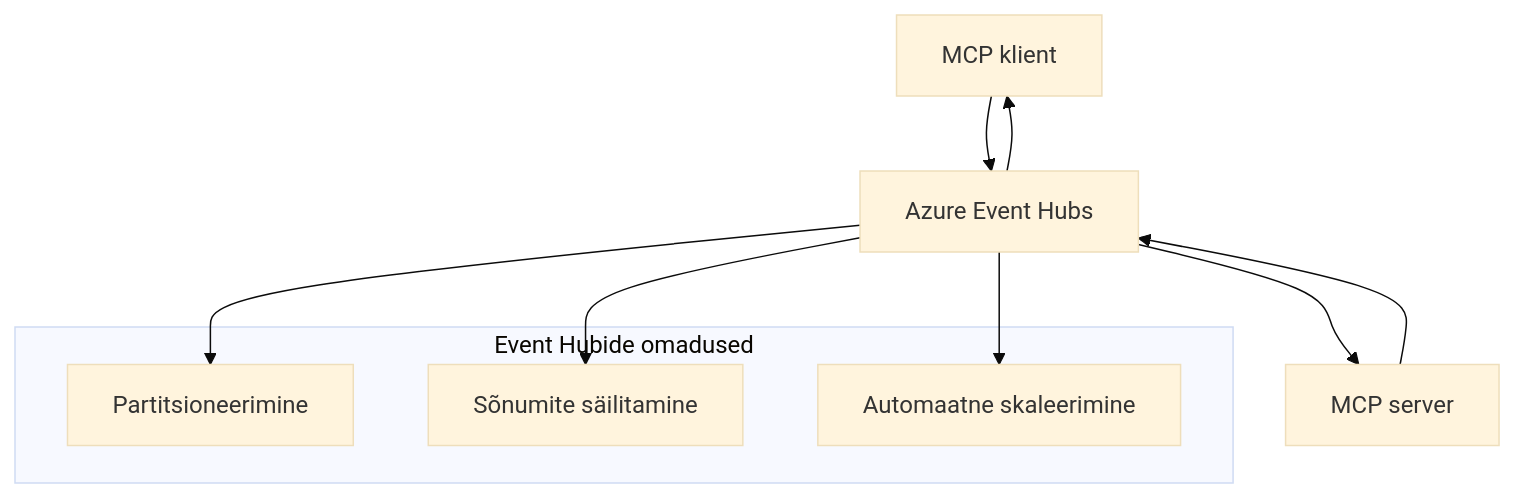
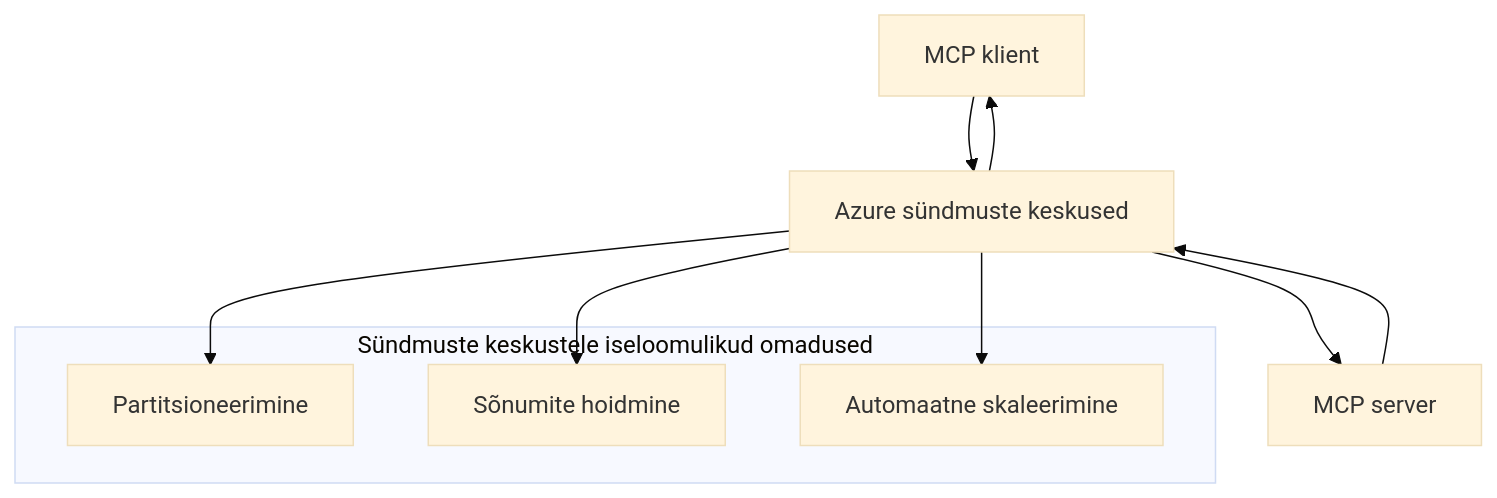
Before and after one commit to HIDORAKAI002/ai-workspace-archive: the second of 2 diagrams in mcp_ecosystem__model_context_protocol/mcp_learning_resources/mcp-for-beginners/translations/et/05-AdvancedTopics/mcp-transport/README.md, drawn with Mermaid (base theme). The commit also changed other lines of this file and 1046 other files, not shown here.

````diff
--- a/mcp_ecosystem__model_context_protocol/mcp_learning_resources/mcp-for-beginners/translations/et/05-AdvancedTopics/mcp-transport/README.md
+++ b/mcp_ecosystem__model_context_protocol/mcp_learning_resources/mcp-for-beginners/translations/et/05-AdvancedTopics/mcp-transport/README.md
@@ -270,17 +272,17 @@
 ```mermaid
 graph TB
-    Client[MCP klient] --> EH[Azure Event Hubs]
+    Client[MCP klient] --> EH[Azure sündmuste keskused]
     EH --> Server[MCP server]
     Server --> EH
     EH --> Client
     
-    subgraph "Event Hubide omadused"
+    subgraph "Sündmuste keskustele iseloomulikud omadused"
         Partition[Partitsioneerimine]
-        Retention[Sõnumite säilitamine]
+        Retention[Sõnumite hoidmine]
         Scaling[Automaatne skaleerimine]
     end
     
     EH --> Partition
     EH --> Retention
     EH --> Scaling
 ```
````
